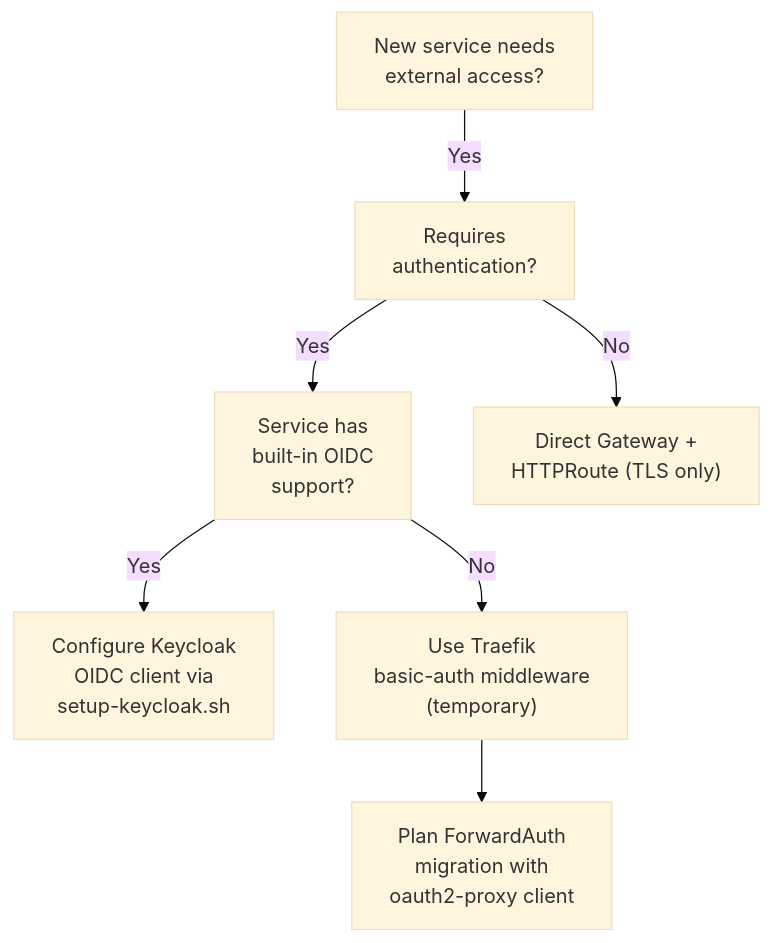
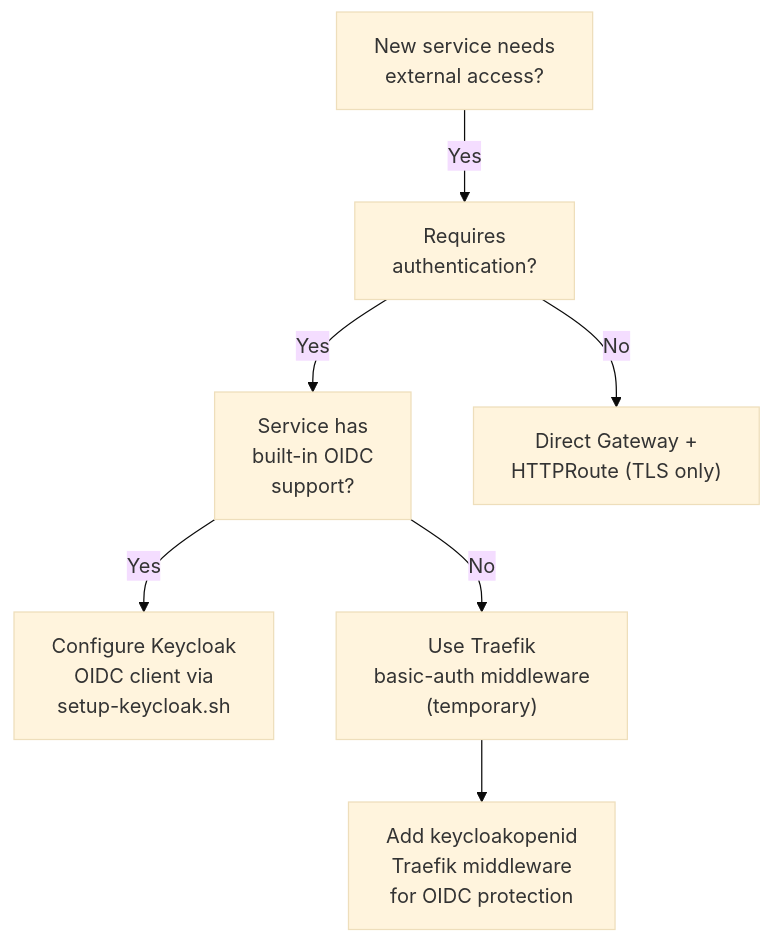
The ninth of 11 diagrams in docs/engineering/security-architecture.md (derhornspieler/harvester-rke2-platform), drawn with Mermaid (base theme) before and after one commit. The commit also changed other lines of this file and 50 other files, not shown here.

````diff
--- a/docs/engineering/security-architecture.md
+++ b/docs/engineering/security-architecture.md
@@ -908,17 +908,17 @@
 ```mermaid
 flowchart TD
     Start["New service needs<br/>external access?"]
     HasOIDC["Service has<br/>built-in OIDC<br/>support?"]
     UseOIDC["Configure Keycloak<br/>OIDC client via<br/>setup-keycloak.sh"]
     UseBasicAuth["Use Traefik<br/>basic-auth middleware<br/>(temporary)"]
-    PlannedFA["Plan ForwardAuth<br/>migration with<br/>oauth2-proxy client"]
+    PlannedFA["Add keycloakopenid<br/>Traefik middleware<br/>for OIDC protection"]
     NeedsAuth["Requires<br/>authentication?"]
     NoAuth["Direct Gateway +<br/>HTTPRoute (TLS only)"]
 
     Start -->|Yes| NeedsAuth
     NeedsAuth -->|Yes| HasOIDC
     NeedsAuth -->|No| NoAuth
     HasOIDC -->|Yes| UseOIDC
     HasOIDC -->|No| UseBasicAuth
     UseBasicAuth --> PlannedFA
 ```
````
